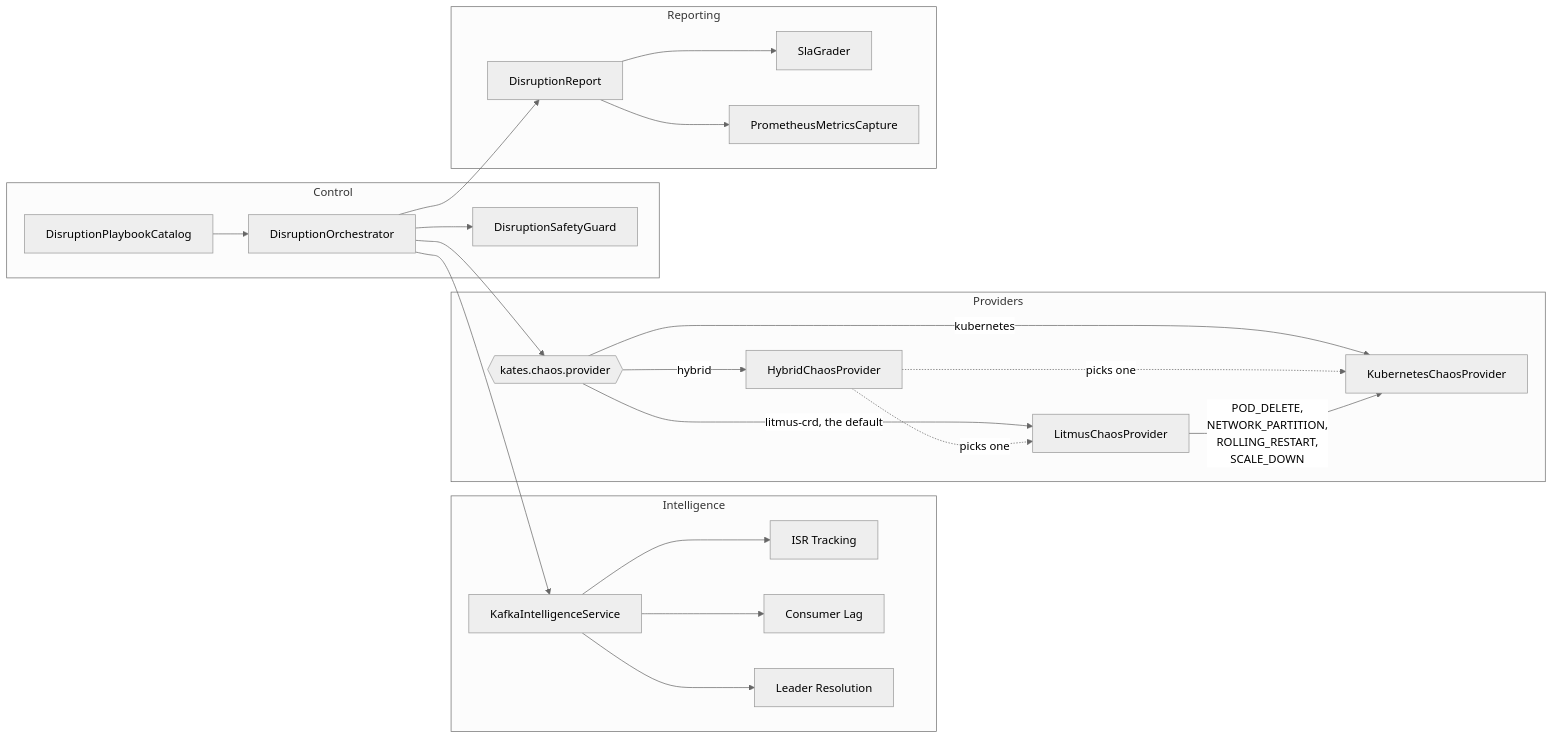
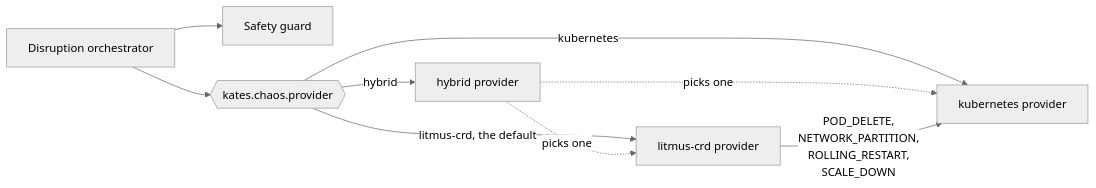
Before and after one commit to bmscomp/kates: the third of 4 diagrams in docs/book/02-architecture.md, drawn with Mermaid (neutral theme). The commit also changed other lines of this file and 52 other files, not shown here.

````diff
--- a/docs/book/02-architecture.md
+++ b/docs/book/02-architecture.md
@@ -187,48 +154,14 @@
 ```mermaid
 %%| label: fig-architecture-disruption-engine
-%%| fig-cap: "A disruption plan's orchestrator checks the plan, reads Kafka's state, and hands every fault to the one chaos provider that kates.chaos.provider selects."
-%%| fig-alt: "Flowchart in four groups. Control: the playbook catalog feeds the disruption orchestrator, which calls the safety guard. Intelligence: the Kafka intelligence service provides ISR tracking, consumer lag and leader resolution. Providers: the setting kates.chaos.provider selects the Litmus provider by default, the Kubernetes provider, or the hybrid provider, which picks one of the two; the Litmus provider sends POD_DELETE, NETWORK_PARTITION, ROLLING_RESTART and SCALE_DOWN to the Kubernetes provider. Reporting: the orchestrator writes a disruption report, graded by the SLA grader and fed by the Prometheus metrics capture."
+%%| fig-cap: "A disruption plan's orchestrator checks the plan with the safety guard and hands every fault to the one chaos provider that kates.chaos.provider selects."
+%%| fig-alt: "Flowchart. The disruption orchestrator calls the safety guard and the setting kates.chaos.provider, which selects the litmus-crd provider by default, the kubernetes provider, or the hybrid provider, which picks one of the two. The litmus-crd provider hands POD_DELETE, NETWORK_PARTITION, ROLLING_RESTART and SCALE_DOWN to the kubernetes provider."
 graph LR
-    subgraph Control
-        DO[DisruptionOrchestrator]
-        DSG[DisruptionSafetyGuard]
-        DPC[DisruptionPlaybookCatalog]
-    end
-    
-    subgraph Intelligence
-        KIS[KafkaIntelligenceService]
-        ISR[ISR Tracking]
-        LAG[Consumer Lag]
-        LEAD[Leader Resolution]
-    end
-    
-    subgraph Providers
-        CP{{kates.chaos.provider}}
-        HCP[HybridChaosProvider]
-        KCP[KubernetesChaosProvider]
-        LCP[LitmusChaosProvider]
-    end
-    
-    subgraph Reporting
-        DR[DisruptionReport]
-        SG[SlaGrader]
-        PMC[PrometheusMetricsCapture]
-    end
-    
-    DO --> DSG
-    DO --> KIS
-    DO --> CP
-    DO --> DR
-    DPC --> DO
-    KIS --> ISR
-    KIS --> LAG
-    KIS --> LEAD
-    CP -->|"litmus-crd, the default"| LCP
-    CP -->|kubernetes| KCP
-    CP -->|hybrid| HCP
+    DO["Disruption orchestrator"] --> DSG["Safety guard"]
+    DO --> CP{{kates.chaos.provider}}
+    CP -->|"litmus-crd, the default"| LCP["litmus-crd provider"]
+    CP -->|kubernetes| KCP["kubernetes provider"]
+    CP -->|hybrid| HCP["hybrid provider"]
     HCP -.->|picks one| LCP
     HCP -.->|picks one| KCP
     LCP -->|"POD_DELETE,<br/>NETWORK_PARTITION,<br/>ROLLING_RESTART,<br/>SCALE_DOWN"| KCP
-    DR --> SG
-    DR --> PMC
 ```
````
